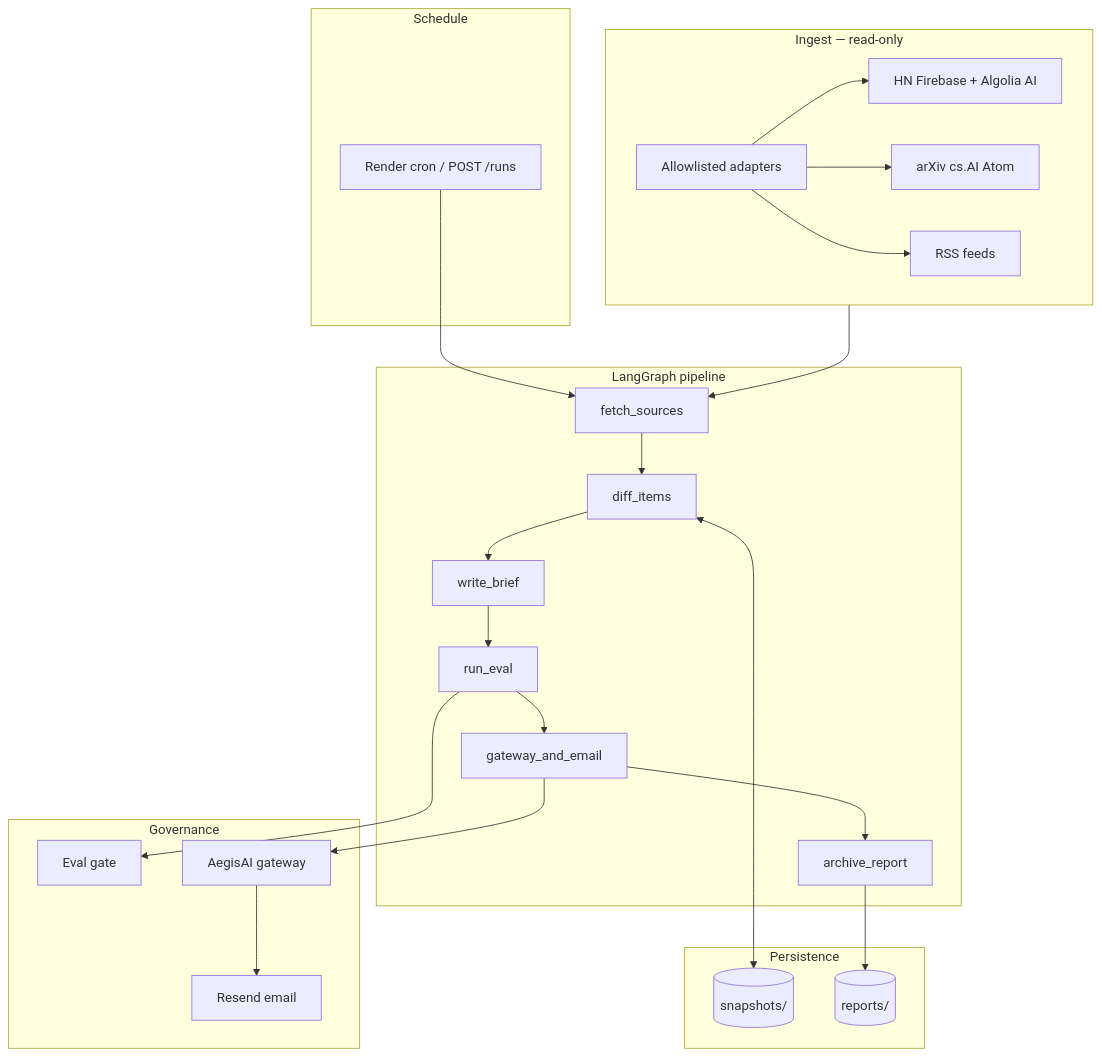
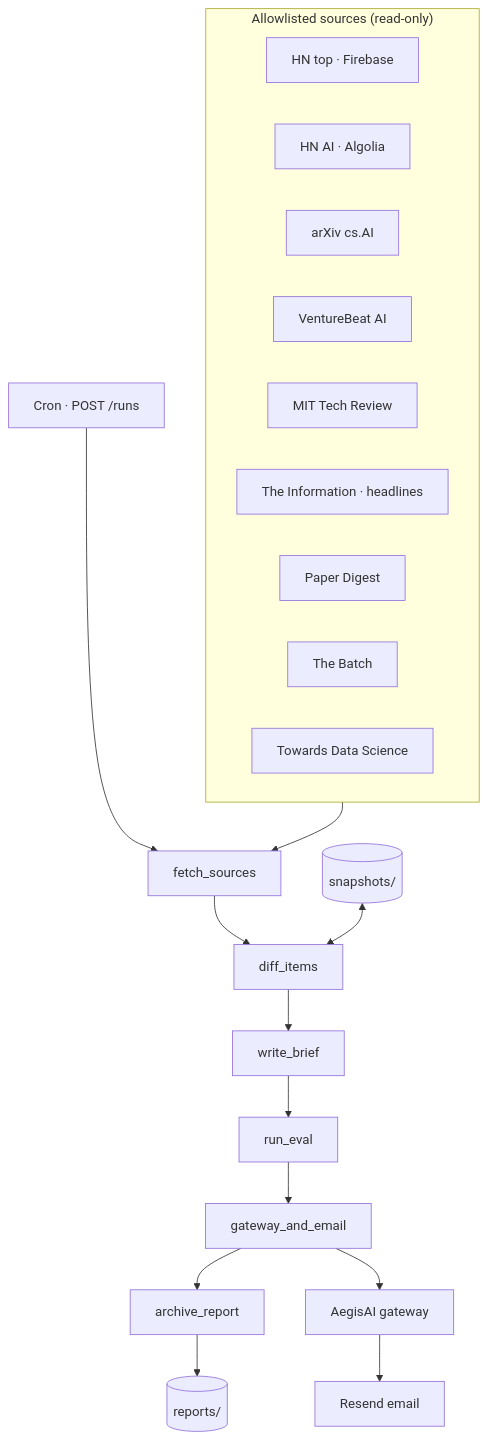
The diagram in README.md (vpeetla-ai/sentinel-brief), drawn with Mermaid before and after one commit. The commit also changed other lines of this file and 6 other files, not shown here.

First line of the commit message:
Unify canonical architecture diagram across README, docs, and demo.

````diff
--- a/README.md
+++ b/README.md
@@ -13,41 +15,26 @@
 ```mermaid
 flowchart TB
-  subgraph schedule [Schedule]
-    CRON[Render cron / POST /runs]
+  CRON["Cron · POST /runs"] --> FETCH[fetch_sources]
+  FETCH --> DIFF[diff_items]
+  DIFF --> BRIEF[write_brief]
+  BRIEF --> EVAL[run_eval]
+  EVAL --> GW[gateway_and_email]
+  GW --> ARCH[archive_report]
+
+  subgraph sources["Allowlisted sources (read-only)"]
+    HN1[HN top · Firebase]
+    HN2[HN AI · Algolia]
+    ARX[arXiv cs.AI]
+    VB[VentureBeat AI]
+    MIT[MIT Tech Review]
+    INFO[The Information · headlines]
+    PD[Paper Digest]
+    BATCH[The Batch]
+    TDS[Towards Data Science]
   end
 
-  subgraph ingest [Ingest — read-only]
-    SRC[Allowlisted adapters]
-    SRC --> HN[HN Firebase + Algolia AI]
-    SRC --> ARX[arXiv cs.AI Atom]
-    SRC --> RSS[RSS feeds]
-  end
-
-  subgraph pipeline [LangGraph pipeline]
-    F[fetch_sources]
-    D[diff_items]
-    S[write_brief]
-    E[run_eval]
-    G[gateway_and_email]
-    A[archive_report]
-    F --> D --> S --> E --> G --> A
-  end
-
-  subgraph store [Persistence]
-    SNAP[(snapshots/)]
-    REP[(reports/)]
-  end
-
-  subgraph govern [Governance]
-    EVAL[Eval gate]
-    GW[AegisAI gateway]
-    MAIL[Resend email]
-  end
-
-  CRON --> F
-  ingest --> F
-  D <--> SNAP
-  A --> REP
-  E --> EVAL
-  G --> GW --> MAIL
+  sources --> FETCH
+  SNAP[(snapshots/)] <--> DIFF
+  ARCH --> REP[(reports/)]
+  GW --> AEGIS[AegisAI gateway] --> MAIL[Resend email]
 ```
````
